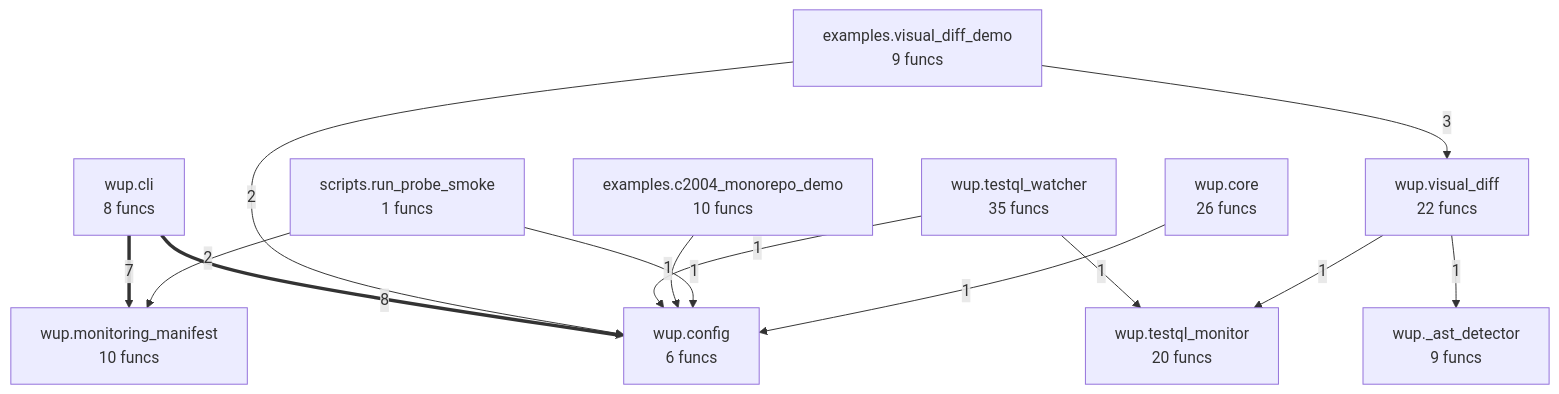
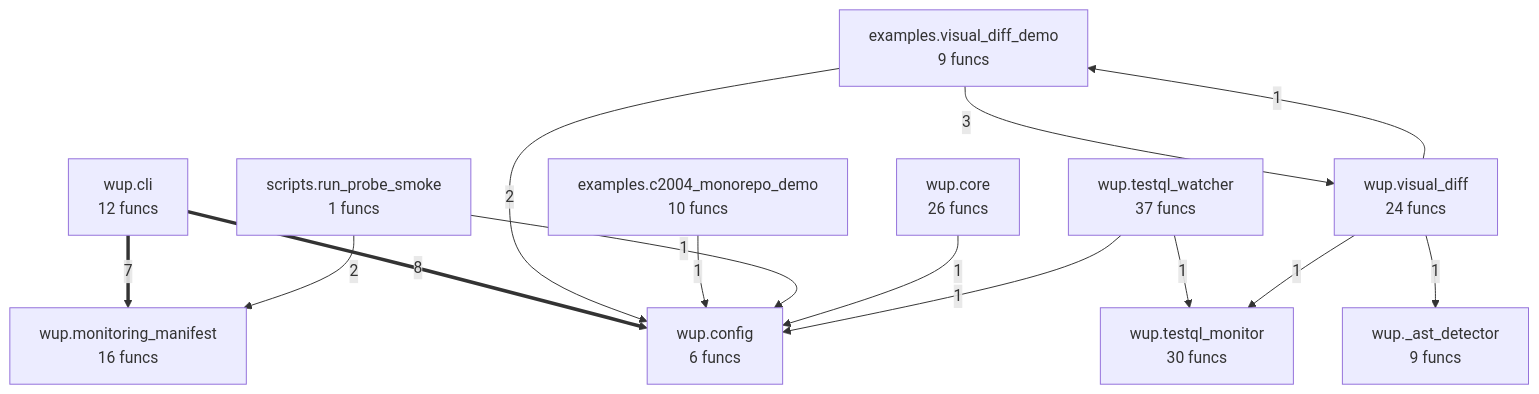
Before and after one commit to semcod/wup: the diagram in project/compact_flow.mmd, drawn with Mermaid. The commit also changed 35 other files, not shown here.

```diff
--- a/project/compact_flow.mmd
+++ b/project/compact_flow.mmd
@@ -1,25 +1,26 @@
 flowchart TD
 %% generated in 0.01s
     examples__c2004_monorepo_demo["examples.c2004_monorepo_demo<br/>10 funcs"]
     examples__visual_diff_demo["examples.visual_diff_demo<br/>9 funcs"]
     scripts__run_probe_smoke["scripts.run_probe_smoke<br/>1 funcs"]
     wup___ast_detector["wup._ast_detector<br/>9 funcs"]
-    wup__cli["wup.cli<br/>8 funcs"]
+    wup__cli["wup.cli<br/>12 funcs"]
     wup__config["wup.config<br/>6 funcs"]
     wup__core["wup.core<br/>26 funcs"]
-    wup__monitoring_manifest["wup.monitoring_manifest<br/>10 funcs"]
-    wup__testql_monitor["wup.testql_monitor<br/>20 funcs"]
-    wup__testql_watcher["wup.testql_watcher<br/>35 funcs"]
-    wup__visual_diff["wup.visual_diff<br/>22 funcs"]
+    wup__monitoring_manifest["wup.monitoring_manifest<br/>16 funcs"]
+    wup__testql_monitor["wup.testql_monitor<br/>30 funcs"]
+    wup__testql_watcher["wup.testql_watcher<br/>37 funcs"]
+    wup__visual_diff["wup.visual_diff<br/>24 funcs"]
     wup__cli ==>|8| wup__config
     wup__cli ==>|7| wup__monitoring_manifest
     examples__visual_diff_demo -->|3| wup__visual_diff
     examples__visual_diff_demo -->|2| wup__config
     scripts__run_probe_smoke -->|2| wup__monitoring_manifest
+    examples__c2004_monorepo_demo -->|1| wup__config
+    scripts__run_probe_smoke -->|1| wup__config
+    wup__core -->|1| wup__config
     wup__testql_watcher -->|1| wup__config
     wup__testql_watcher -->|1| wup__testql_monitor
     wup__visual_diff -->|1| wup__testql_monitor
     wup__visual_diff -->|1| wup___ast_detector
-    examples__c2004_monorepo_demo -->|1| wup__config
-    scripts__run_probe_smoke -->|1| wup__config
-    wup__core -->|1| wup__config
+    wup__visual_diff -->|1| examples__visual_diff_demo
```
